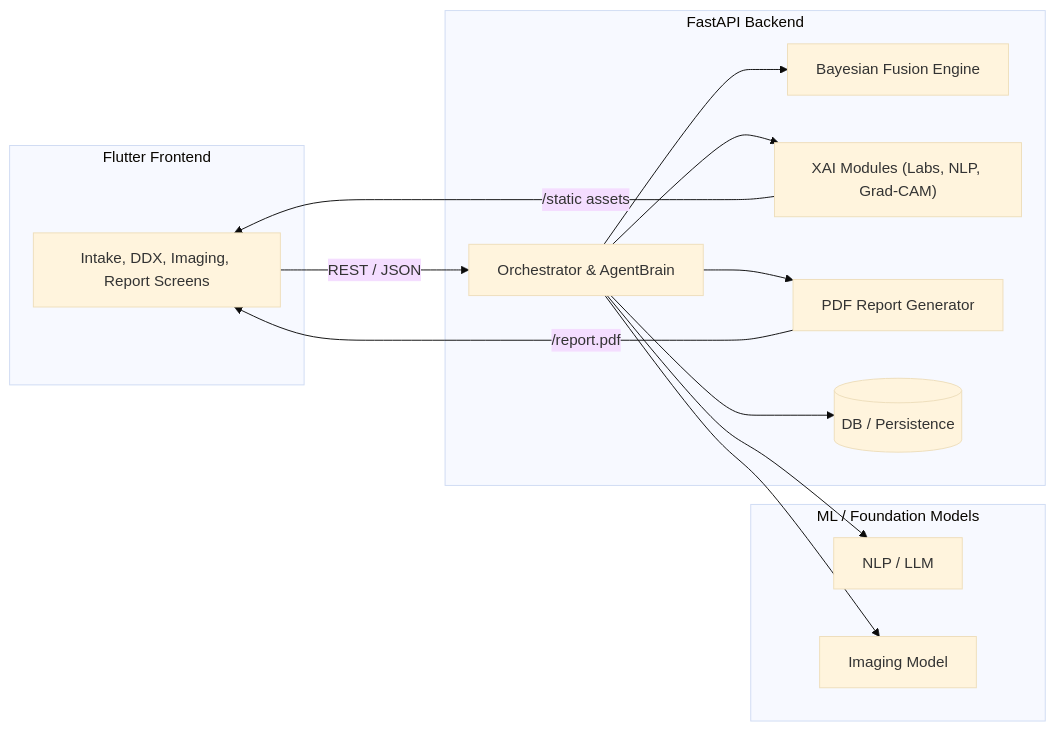
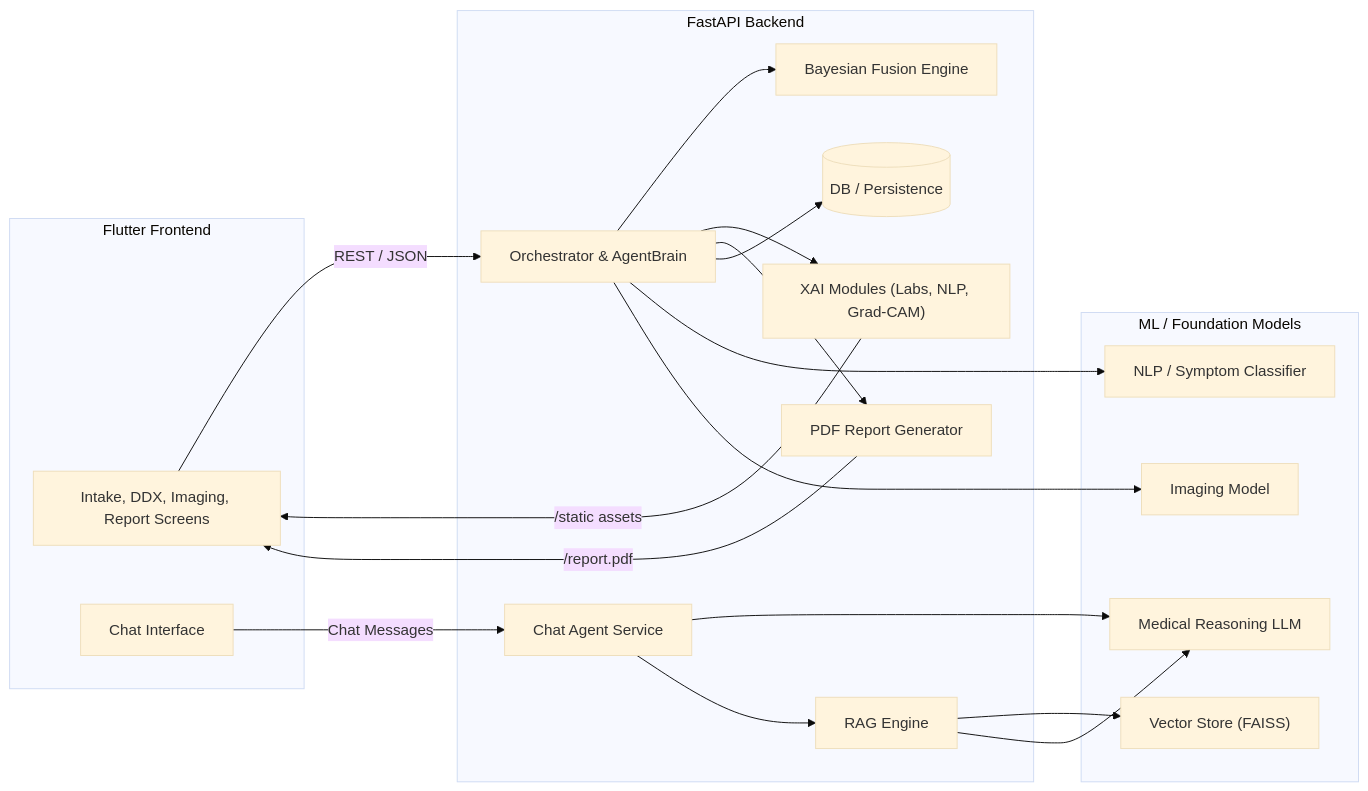
One commit to anaslari23/Multi-Modal-Health-AI-Agent-Guide changed the first of 4 diagrams in README.md. Above: the diagram before and after it, drawn with Mermaid (base theme). The commit also changed other lines of this file and 178 other files, not shown here.

````diff
--- a/README.md
+++ b/README.md
@@ -14,29 +16,39 @@
 ```mermaid
 flowchart LR
     subgraph Client [Flutter Frontend]
         UI["Intake, DDX, Imaging, Report Screens"]
+        CHAT["Chat Interface"]
     end
 
     subgraph API [FastAPI Backend]
         ORCH["Orchestrator & AgentBrain"]
+        AGENT["Chat Agent Service"]
+        RAG["RAG Engine"]
         FUSION["Bayesian Fusion Engine"]
         XAI["XAI Modules (Labs, NLP, Grad-CAM)"]
         PDF["PDF Report Generator"]
         DB[("DB / Persistence")]
     end
 
     subgraph Models [ML / Foundation Models]
-        NLPModel["NLP / LLM"]
+        LLM["Medical Reasoning LLM"]
+        NLPModel["NLP / Symptom Classifier"]
         ImgModel["Imaging Model"]
+        VectorStore["Vector Store (FAISS)"]
     end
 
     UI -->|REST / JSON| ORCH
+    CHAT -->|Chat Messages| AGENT
     ORCH --> FUSION
     ORCH --> XAI
     ORCH --> PDF
     ORCH --> DB
     ORCH --> NLPModel
     ORCH --> ImgModel
+    AGENT --> LLM
+    AGENT --> RAG
+    RAG --> VectorStore
+    RAG --> LLM
     PDF -->|/report.pdf| UI
     XAI -->|/static assets| UI
 ```
````
